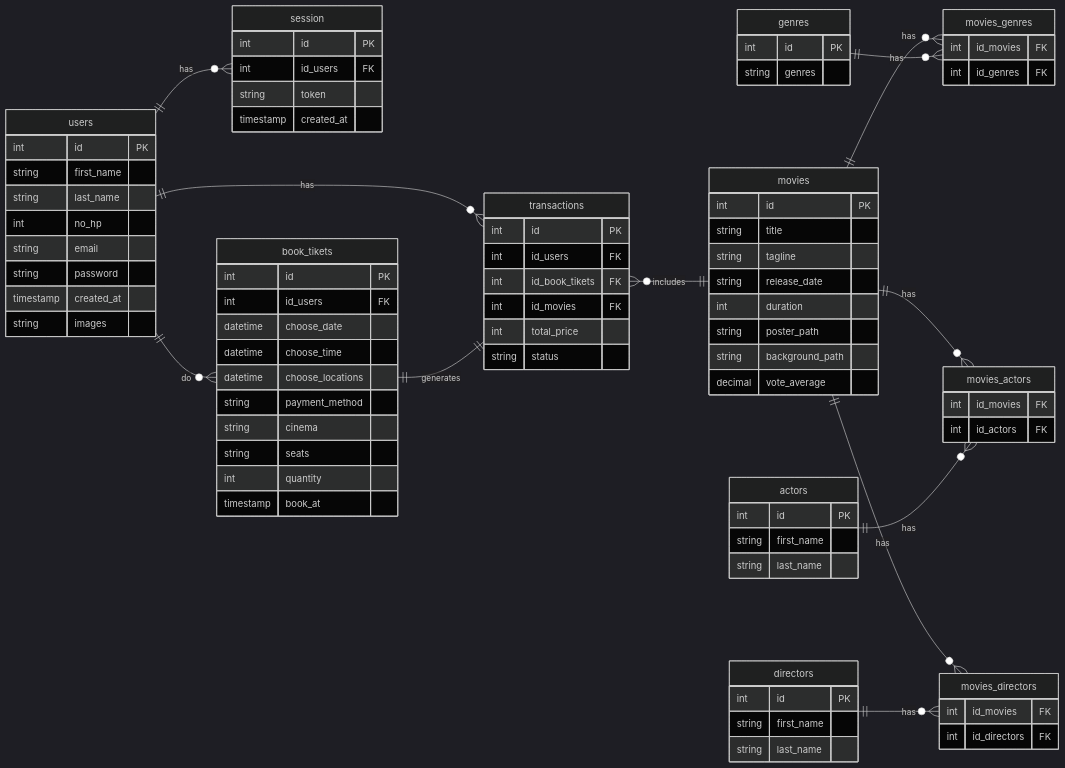
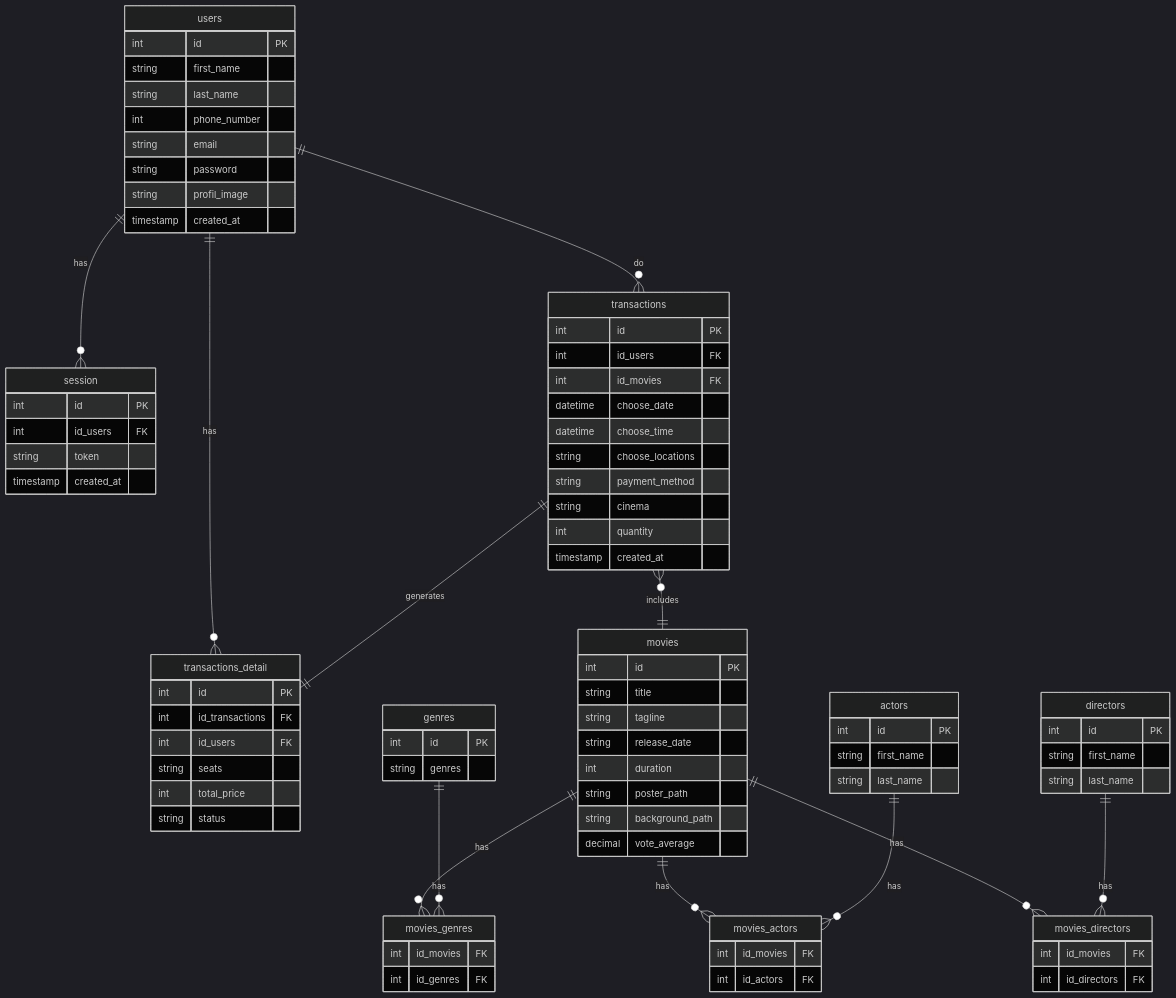
The diagram in README.md (Dwaysetya/fgo24-db-weeklytask), drawn with Mermaid (dark theme) before and after one commit.

Commit message:
update README.md for erd database ROOOMS tickets

````diff
--- a/README.md
+++ b/README.md
@@ -5,12 +5,11 @@
 ```mermaid
 
 erDiagram
-direction LR
 
 users ||--o{ session : has
-users ||--o{ book_tikets: do
-users ||--o{ transactions: has
-book_tikets ||--|| transactions: generates
+users ||--o{ transactions: do
+users ||--o{ transactions_detail: has
+transactions ||--|| transactions_detail: generates
 
 transactions }o--|| movies : includes
 
@@ -28,11 +27,11 @@
     int         id           PK
     string      first_name
     string      last_name
-    int         no_hp
+    int         phone_number
     string      email
     string      password
+    string      profil_image
     timestamp   created_at
-    string      images
 }
 
 session {
@@ -85,24 +84,24 @@
     int     id_directors    FK
 }
 
-book_tikets{
+transactions{
     int         id                  PK
     int         id_users            FK
+    int         id_movies           FK
     datetime    choose_date
     datetime    choose_time
-    datetime    choose_locations
+    string      choose_locations
     string      payment_method
     string      cinema
-    string      seats
     int         quantity
-    timestamp   book_at
+    timestamp   created_at
 }
 
-transactions{
+transactions_detail{
     int     id                  PK
+    int     id_transactions     FK
     int     id_users            FK
-    int     id_book_tikets      FK
-    int     id_movies           FK
+    string  seats
     int     total_price
     string  status
 }
````
